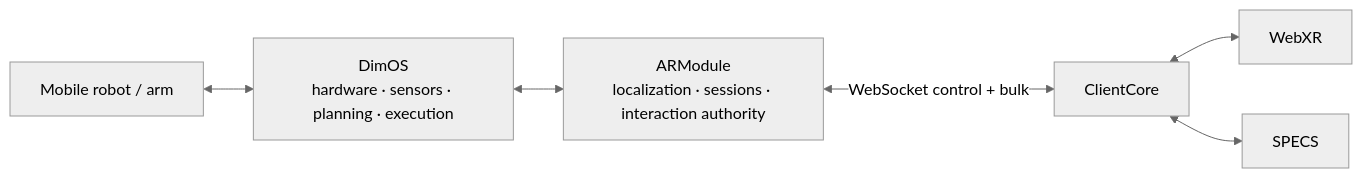
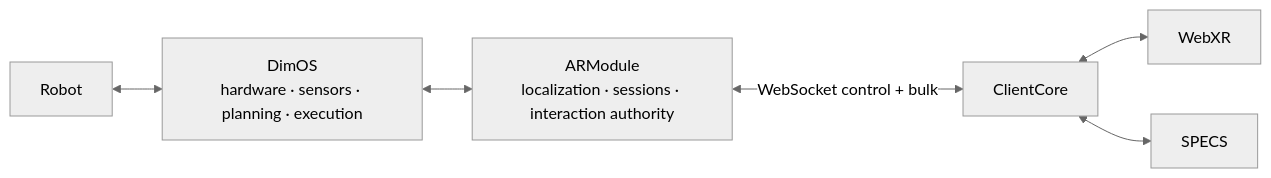
Before and after one commit to V4C38/spectacles-dimensional-os: the diagram in README.md, drawn with Mermaid (neutral theme). The commit also changed other lines of this file and 13 other files, not shown here.

````diff
--- a/README.md
+++ b/README.md
@@ -160,8 +213,8 @@
 ```mermaid
 flowchart LR
-  Robot["Mobile robot / arm"] <--> DimOS["DimOS<br>hardware · sensors · planning · execution"]
+  Robot["Robot"] <--> DimOS["DimOS<br>hardware · sensors · planning · execution"]
   DimOS <--> ARModule["ARModule<br>localization · sessions · interaction authority"]
   ARModule <-->|"WebSocket control + bulk"| Core["ClientCore"]
   Core <--> WebXR["WebXR"]
   Core <--> Specs["SPECS"]
 ```
````
